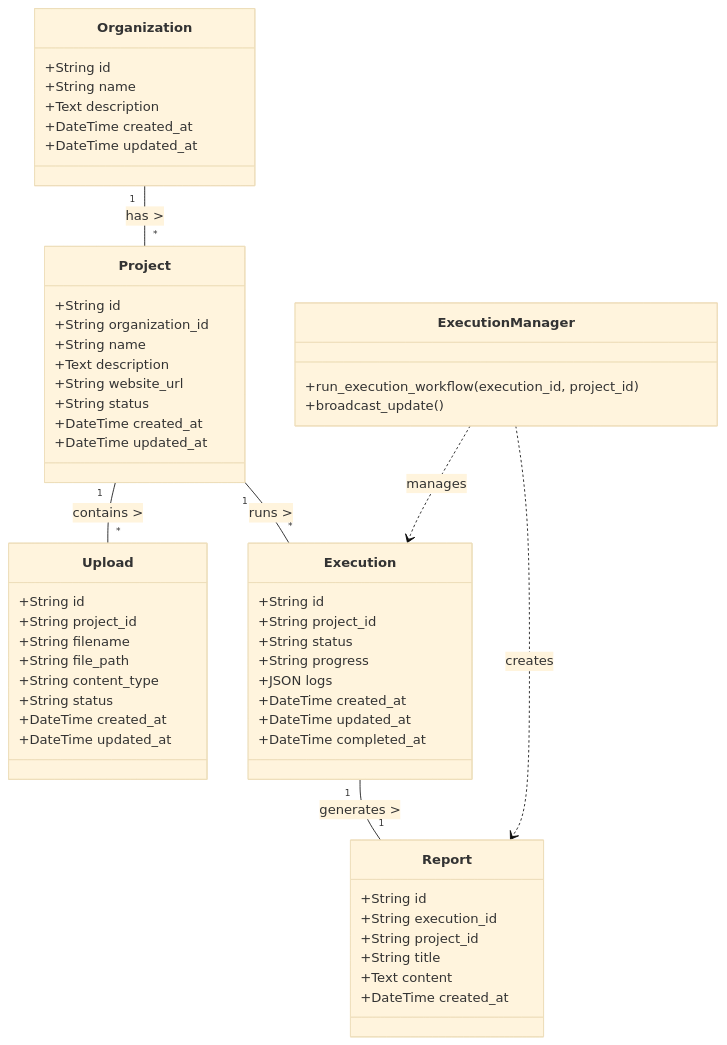
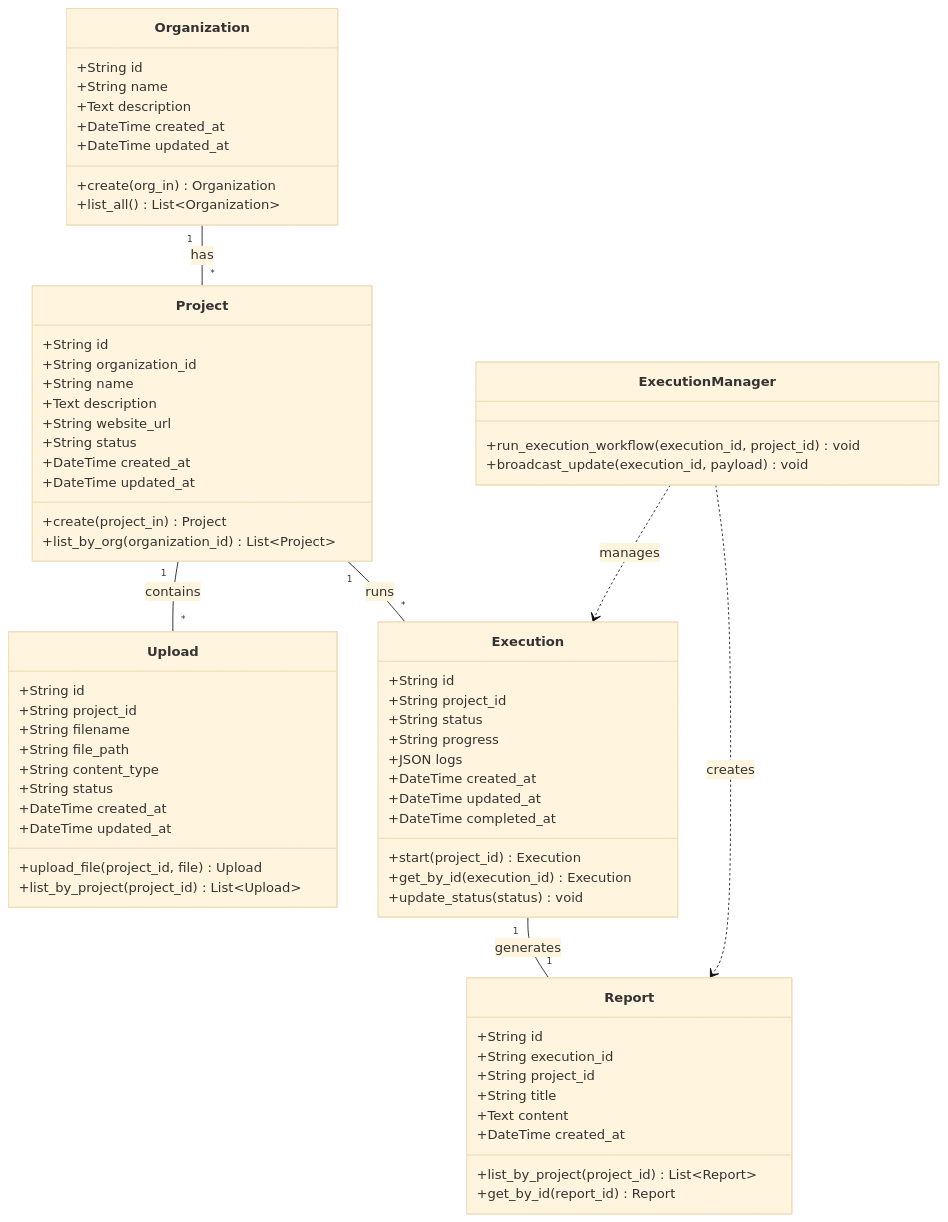
Before and after one commit to ChiragAvasthi/Admission-Pilot: the diagram in Diagrams/04_Class_Diagram.md, drawn with Mermaid (base theme).

Commit message:
Diagrams

````diff
--- a/Diagrams/04_Class_Diagram.md
+++ b/Diagrams/04_Class_Diagram.md
@@ -28,65 +28,76 @@
 ```mermaid
 classDiagram
     class Organization {
         +String id
         +String name
         +Text description
         +DateTime created_at
         +DateTime updated_at
+        +create(org_in) Organization
+        +list_all() List~Organization~
     }
 
     class Project {
         +String id
         +String organization_id
         +String name
         +Text description
         +String website_url
         +String status
         +DateTime created_at
         +DateTime updated_at
+        +create(project_in) Project
+        +list_by_org(organization_id) List~Project~
     }
 
     class Upload {
         +String id
         +String project_id
         +String filename
         +String file_path
         +String content_type
         +String status
         +DateTime created_at
         +DateTime updated_at
+        +upload_file(project_id, file) Upload
+        +list_by_project(project_id) List~Upload~
     }
 
     class Execution {
         +String id
         +String project_id
         +String status
         +String progress
         +JSON logs
         +DateTime created_at
         +DateTime updated_at
         +DateTime completed_at
+        +start(project_id) Execution
+        +get_by_id(execution_id) Execution
+        +update_status(status) void
     }
 
     class Report {
         +String id
         +String execution_id
         +String project_id
         +String title
         +Text content
         +DateTime created_at
+        +list_by_project(project_id) List~Report~
+        +get_by_id(report_id) Report
     }
 
     class ExecutionManager {
-        +run_execution_workflow(execution_id, project_id)
-        +broadcast_update()
+        +run_execution_workflow(execution_id, project_id) void
+        +broadcast_update(execution_id, payload) void
     }
 
-    Organization "1" -- "*" Project : has >
-    Project "1" -- "*" Upload : contains >
-    Project "1" -- "*" Execution : runs >
-    Execution "1" -- "1" Report : generates >
-    
+    Organization "1" -- "*" Project : has
+    Project "1" -- "*" Upload : contains
+    Project "1" -- "*" Execution : runs
+    Execution "1" -- "1" Report : generates
+
     ExecutionManager ..> Execution : manages
     ExecutionManager ..> Report : creates
 ```
````
